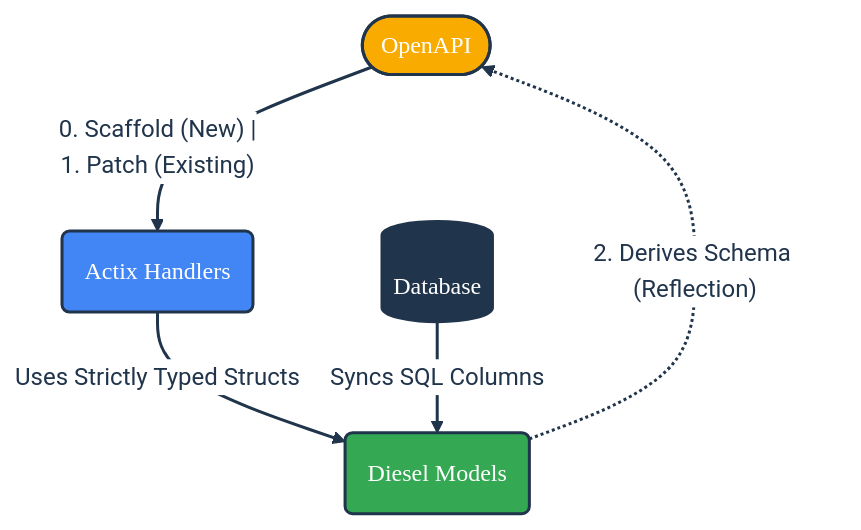
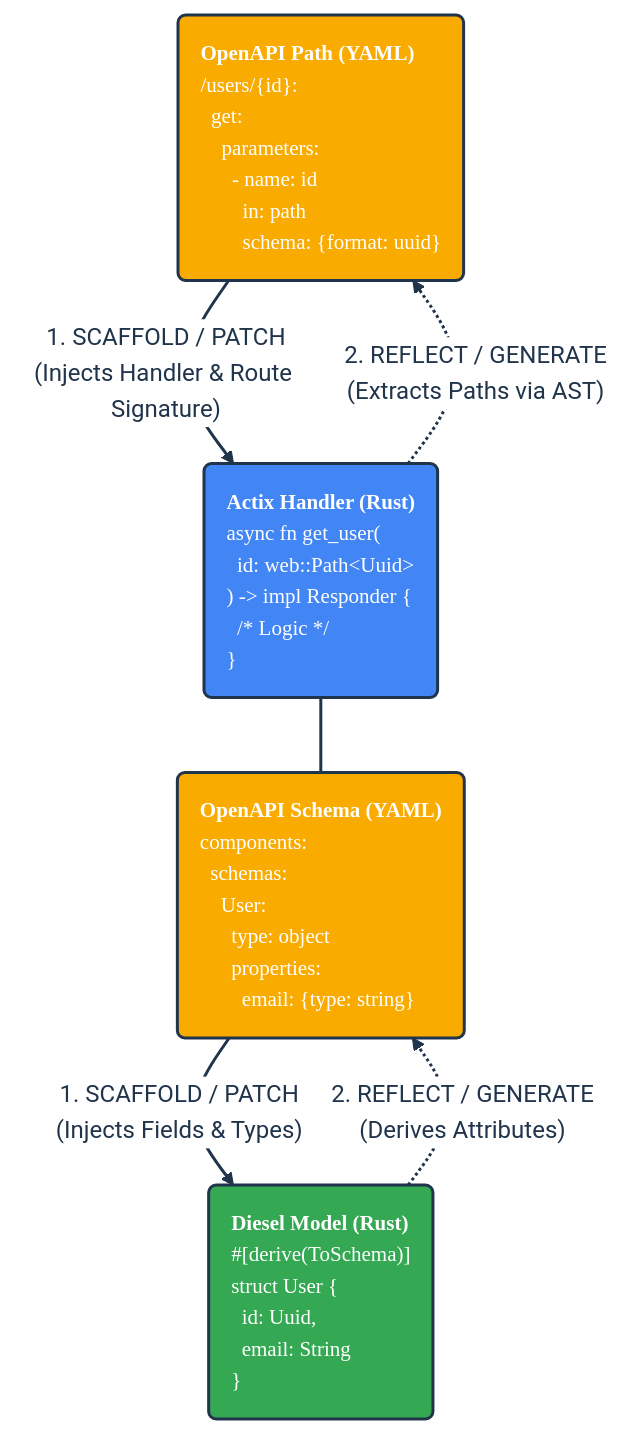
One commit to offscale/cdd-rust changed the diagram in README.md. Above: the diagram before and after it, drawn with Mermaid. The commit also changed other lines of this file and 1 other file, not shown here.

Commit message:
[.github/workflows/ci-cargo.yml] Add missing `clippy` ; [README.md] Rework mermaid ; add rust-analyzer links

````diff
--- a/README.md
+++ b/README.md
@@ -15,39 +17,47 @@
 ```mermaid
 %%{init: {
   'theme': 'base',
   'themeVariables': {
     'primaryColor': '#ffffff',
     'primaryTextColor': '#20344b',
     'primaryBorderColor': '#20344b',
     'lineColor': '#20344b',
     'fontFamily': 'Google Sans, sans-serif'
   }
 }}%%
 
 graph TD
-%% Nodes
-    OpenAPI([OpenAPI]):::yellow
-    Handlers(Actix Handlers):::blue
-    Models(Diesel Models):::green
-    DB[(Database)]:::navy
+%% --- Section 1: Route Logic ---
 
-%% Flow 0 & 1: Downward (Scaffold & Patch)
-    OpenAPI -->|"0. Scaffold (New) |<br/> 1. Patch (Existing)"| Handlers
+%% Node: OAS Path
+    OasPath("<strong>OpenAPI Path (YAML)</strong><br/>/users/{id}:<br/>&nbsp;&nbsp;get:<br/>&nbsp;&nbsp;&nbsp;&nbsp;parameters:<br/>&nbsp;&nbsp;&nbsp;&nbsp;&nbsp;&nbsp;- name: id<br/>&nbsp;&nbsp;&nbsp;&nbsp;&nbsp;&nbsp;&nbsp;&nbsp;in: path<br/>&nbsp;&nbsp;&nbsp;&nbsp;&nbsp;&nbsp;&nbsp;&nbsp;schema: {format: uuid}"):::yellow
 
-%% Connection
-    Handlers -- "Uses Strictly Typed Structs" --> Models
+%% Node: Actix Handler
+    Actix("<strong>Actix Handler (Rust)</strong><br/>async fn get_user(<br/>&nbsp;&nbsp;id: web::Path&lt;Uuid&gt;<br/>) -> impl Responder {<br/>&nbsp;&nbsp;/* Logic */<br/>}"):::blue
 
-%% Flow 2: Upward (Reflection)
-    Models -.->|"2. Derives Schema (Reflection)"| OpenAPI
+%% Flow: Down (Scaffold) & Up (Reflect)
+    OasPath ==>|"1. SCAFFOLD / PATCH<br/>(Injects Handler & Route Signature)"| Actix
+    Actix -.->|"2. REFLECT / GENERATE<br/>(Extracts Paths via AST)"| OasPath
 
-%% Database Sync
-    DB == "Syncs SQL Columns" ==> Models
+%% --- Spacer to force vertical layout ---
+    Actix ~~~ OasSchema
 
-%% Styles
-    classDef yellow fill:#f9ab00,stroke:#20344b,stroke-width:2px,color:#ffffff,font-family:'Google Sans Medium',font-size:16px;
-    classDef blue fill:#4285f4,stroke:#20344b,stroke-width:2px,color:#ffffff,font-family:'Google Sans Medium',font-size:16px;
-    classDef green fill:#34a853,stroke:#20344b,stroke-width:2px,color:#ffffff,font-family:'Google Sans Medium',font-size:16px;
-    classDef navy fill:#20344b,stroke:#20344b,stroke-width:2px,color:#ffffff,font-family:'Google Sans Medium',font-size:16px;
+%% --- Section 2: Data Models ---
+
+%% Node: OAS Schema
+    OasSchema("<strong>OpenAPI Schema (YAML)</strong><br/>components:<br/>&nbsp;&nbsp;schemas:<br/>&nbsp;&nbsp;&nbsp;&nbsp;User:<br/>&nbsp;&nbsp;&nbsp;&nbsp;&nbsp;&nbsp;type: object<br/>&nbsp;&nbsp;&nbsp;&nbsp;&nbsp;&nbsp;properties:<br/>&nbsp;&nbsp;&nbsp;&nbsp;&nbsp;&nbsp;&nbsp;&nbsp;email: {type: string}"):::yellow
+
+%% Node: Diesel Model
+    Diesel("<strong>Diesel Model (Rust)</strong><br/>#[derive(ToSchema)]<br/>struct User {<br/>&nbsp;&nbsp;id: Uuid,<br/>&nbsp;&nbsp;email: String<br/>}"):::green
+
+%% Flow: Down (Scaffold) & Up (Reflect)
+    OasSchema ==>|"1. SCAFFOLD / PATCH<br/>(Injects Fields & Types)"| Diesel
+    Diesel -.->|"2. REFLECT / GENERATE<br/>(Derives Attributes)"| OasSchema
+
+%% --- Styles ---
+    classDef yellow fill:#f9ab00,stroke:#20344b,stroke-width:2px,color:#ffffff,font-family:'Consolas',font-size:14px,text-align:left;
+    classDef blue fill:#4285f4,stroke:#20344b,stroke-width:2px,color:#ffffff,font-family:'Consolas',font-size:14px,text-align:left;
+    classDef green fill:#34a853,stroke:#20344b,stroke-width:2px,color:#ffffff,font-family:'Consolas',font-size:14px,text-align:left;
 
     linkStyle default stroke:#20344b,stroke-width:2px;
 ```
````
